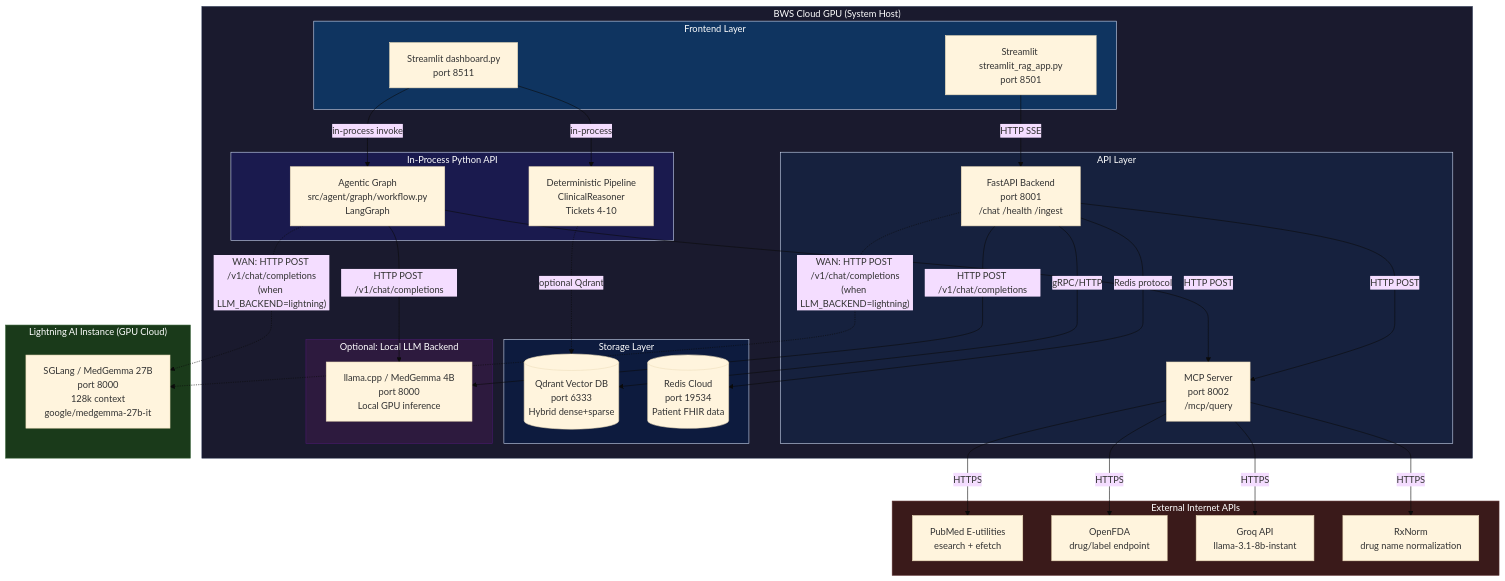
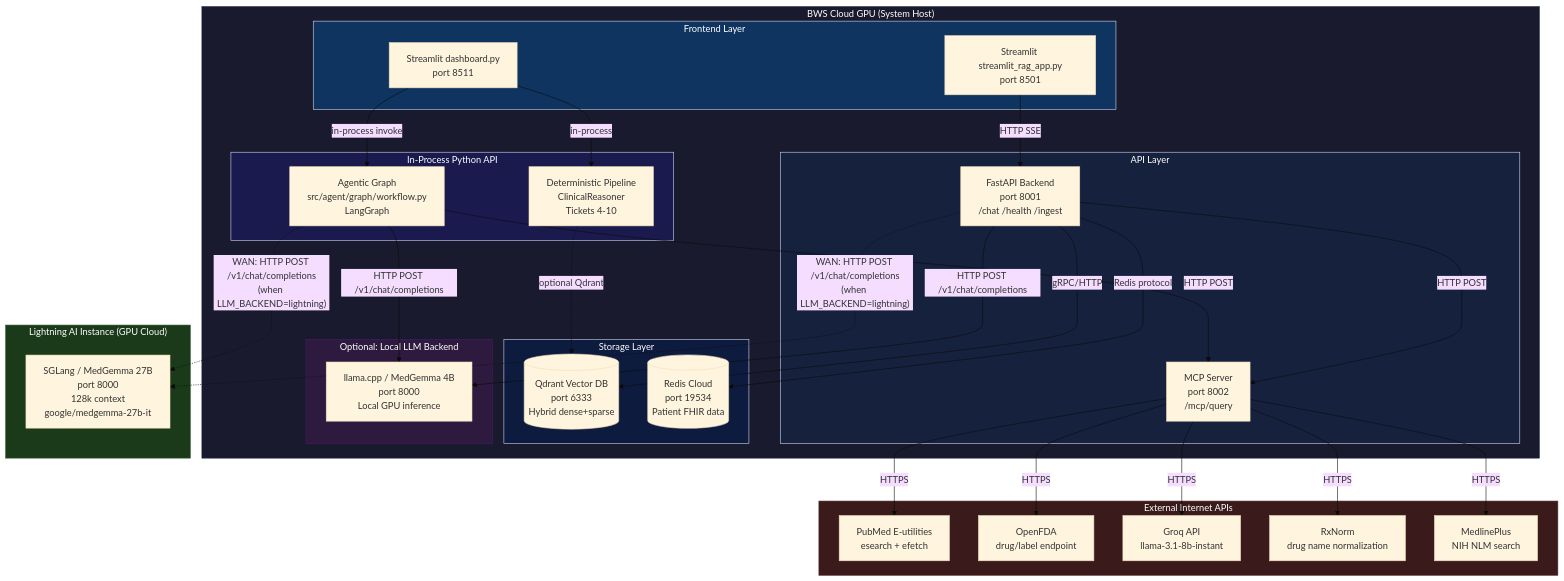
Before and after one commit to Belal0066/CFI-Care: the first of 2 diagrams in ai/src/ai/docs/component_diagram.md, drawn with Mermaid (base theme). The commit also changed other lines of this file and 1 other file, not shown here.

Commit message:
Fix vision-support.md's launch path and component_diagram.md's adapter list
vision-support.md pointed at the deprecated launch_medgemma_rag.sh /
port-8501 stack and linked to two docs being deleted; updated to the
real ./launch.sh + ./launch_dashboard.sh (port 8511) path and
re-pointed its links. component_diagram.md's External Internet APIs
diagram was missing the MedlinePlus adapter (mcps/adapters/
medlineplus.py is real and wired) - added it to the diagram and
connection-map table.

````diff
--- a/ai/src/ai/docs/component_diagram.md
+++ b/ai/src/ai/docs/component_diagram.md
@@ -9,69 +9,71 @@
 ```mermaid
 graph TB
     subgraph BWS["BWS Cloud GPU (System Host)"]
         style BWS fill:#1a1a2e,color:#fff,stroke:#16213e
 
         subgraph UI["Frontend Layer"]
             style UI fill:#0f3460,color:#fff
             DASH["Streamlit dashboard.py<br/>port 8511"]
             SRAG["Streamlit streamlit_rag_app.py<br/>port 8501"]
         end
 
         subgraph API["API Layer"]
             style API fill:#16213e,color:#fff
             FB["FastAPI Backend<br/>port 8001<br/>/chat /health /ingest"]
             MC["MCP Server<br/>port 8002<br/>/mcp/query"]
         end
 
         subgraph Python["In-Process Python API"]
             style Python fill:#1a1a4e,color:#fff
             AG["Agentic Graph<br/>src/agent/graph/workflow.py<br/>LangGraph"]
             DP["Deterministic Pipeline<br/>ClinicalReasoner<br/>Tickets 4-10"]
         end
 
         subgraph Storage["Storage Layer"]
             style Storage fill:#0d1b3e,color:#fff
             QD[("Qdrant Vector DB<br/>port 6333<br/>Hybrid dense+sparse")]
             RD[("Redis Cloud<br/>port 19534<br/>Patient FHIR data")]
         end
 
         subgraph LocalLLM["Optional: Local LLM Backend"]
             style LocalLLM fill:#2d1a3e,color:#fff,stroke:#4a1a6e
             LOC["llama.cpp / MedGemma 4B<br/>port 8000<br/>Local GPU inference"]
         end
 
         DASH -->|"in-process invoke"| AG
         DASH -->|"in-process"| DP
         SRAG -->|"HTTP SSE"| FB
         FB -->|"gRPC/HTTP"| QD
         FB -->|"Redis protocol"| RD
         AG -->|"HTTP POST"| MC
         FB -->|"HTTP POST"| MC
         AG -->|"HTTP POST /v1/chat/completions"| LOC
         FB -->|"HTTP POST /v1/chat/completions"| LOC
         DP -.->|"optional Qdrant"| QD
     end
 
     subgraph LAI["Lightning AI Instance (GPU Cloud)"]
         style LAI fill:#1a3a1a,color:#fff,stroke:#2d5a2d
         LLM["SGLang / MedGemma 27B<br/>port 8000<br/>128k context<br/>google/medgemma-27b-it"]
     end
 
     subgraph External["External Internet APIs"]
         style External fill:#3a1a1a,color:#fff,stroke:#5a2d2d
         PM["PubMed E-utilities<br/>esearch + efetch"]
         FD["OpenFDA<br/>drug/label endpoint"]
         GR["Groq API<br/>llama-3.1-8b-instant"]
         RX["RxNorm<br/>drug name normalization"]
+        MLP["MedlinePlus<br/>NIH NLM search"]
     end
 
     %% WAN connection (lightning backend)
     AG -.->|"WAN: HTTP POST /v1/chat/completions<br/>(when LLM_BACKEND=lightning)"| LLM
     FB -.->|"WAN: HTTP POST /v1/chat/completions<br/>(when LLM_BACKEND=lightning)"| LLM
 
     %% MCP internet connections
     MC -->|"HTTPS"| PM
     MC -->|"HTTPS"| FD
     MC -->|"HTTPS"| GR
     MC -->|"HTTPS"| RX
+    MC -->|"HTTPS"| MLP
 ```
````
